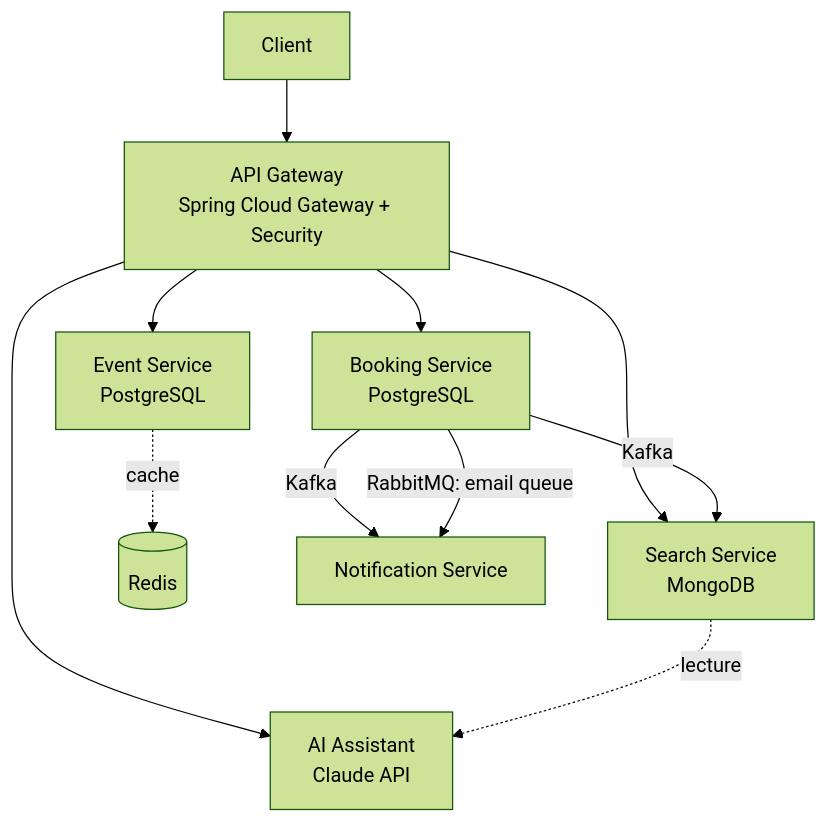
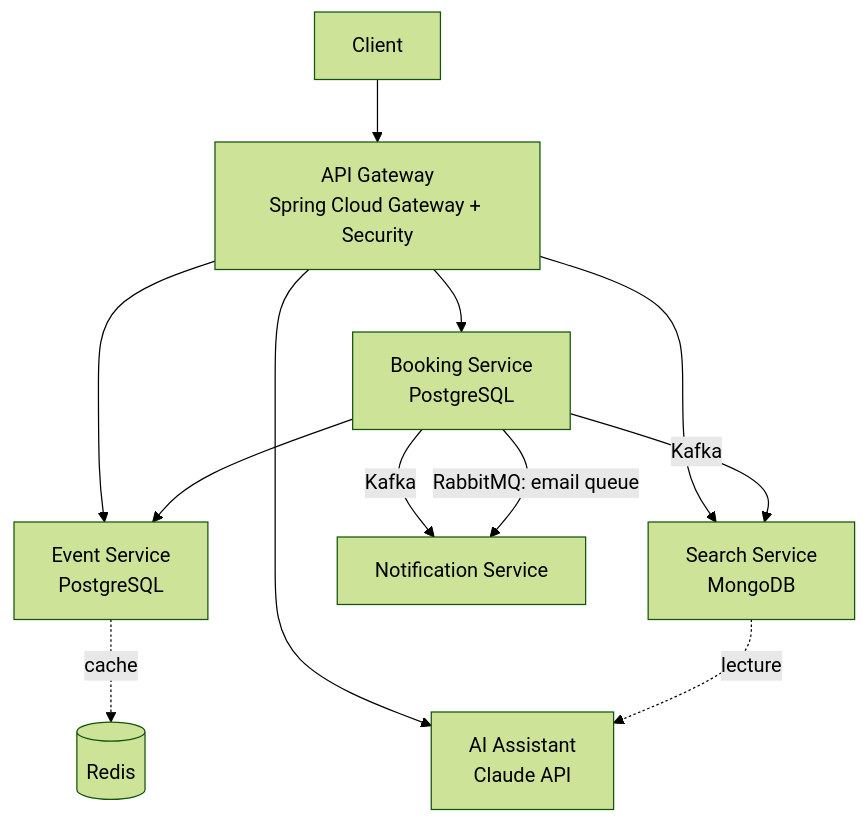
Before and after one commit to EmanuelleFSS/eventbooking: the diagram in README.md, drawn with Mermaid (forest theme). The commit also changed 7 other files, not shown here.

Commit message:
feat: add reserve-seats and release-seats endpoints in event-service for booking-service integration

`````diff
--- a/README.md
+++ b/README.md
@@ -9,17 +9,18 @@
 ````mermaid
 graph TD
     Client[Client] --> Gateway[API Gateway<br/>Spring Cloud Gateway + Security]
 
     Gateway --> Event[Event Service<br/>PostgreSQL]
     Gateway --> Booking[Booking Service<br/>PostgreSQL]
     Gateway --> Search[Search Service<br/>MongoDB]
     Gateway --> Assistant[AI Assistant<br/>Claude API]
 
     Event -.->|cache| Redis[(Redis)]
 
+    Booking --> Event
     Booking -->|Kafka | Search
     Booking -->|Kafka | Notif[Notification Service]
     Booking -->|RabbitMQ: email queue| Notif
 
     Search -.->|lecture| Assistant
 ````
`````
